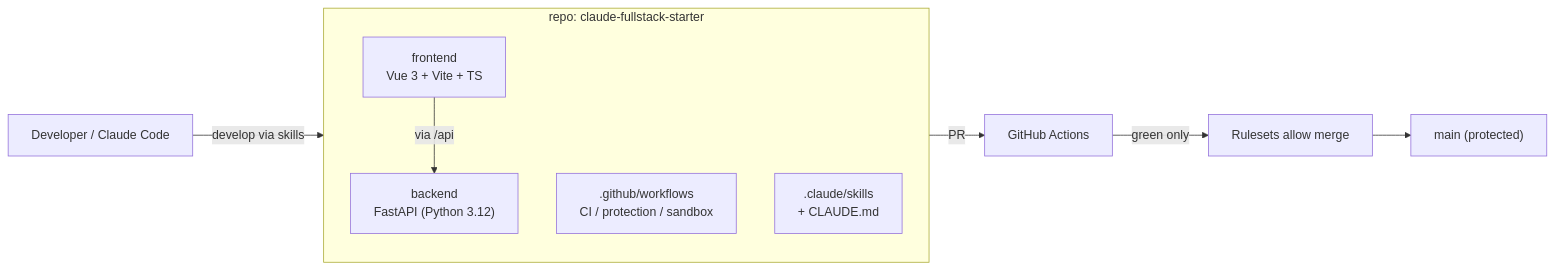
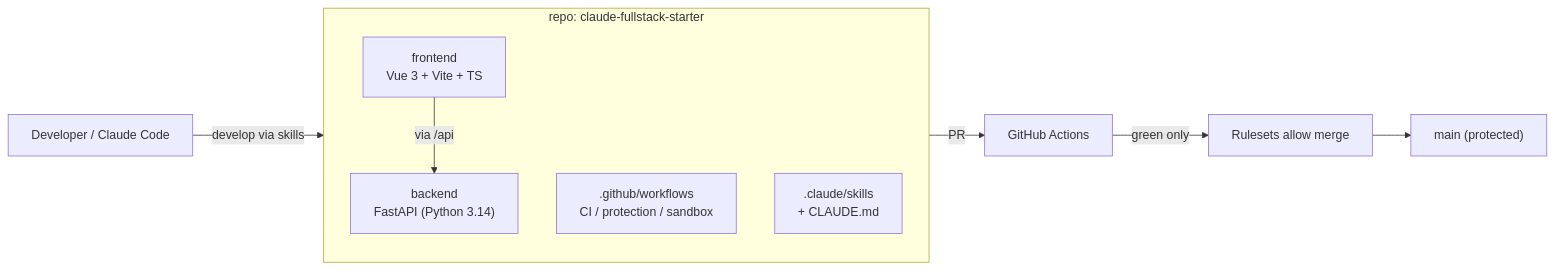
One commit to itouhi/claude-fullstack-starter changed the diagram in docs/README.en.md. Above: the diagram before and after it, drawn with Mermaid. The commit also changed 8 other files, not shown here.

````diff
--- a/docs/README.en.md
+++ b/docs/README.en.md
@@ -17,16 +17,16 @@
 ```mermaid
 flowchart LR
     subgraph repo["repo: claude-fullstack-starter"]
         direction TB
-        be["backend<br/>FastAPI (Python 3.12)"]
+        be["backend<br/>FastAPI (Python 3.14)"]
         fe["frontend<br/>Vue 3 + Vite + TS"]
         wf[".github/workflows<br/>CI / protection / sandbox"]
         sk[".claude/skills<br/>+ CLAUDE.md"]
     end
 
     dev["Developer / Claude Code"] -->|develop via skills| repo
     fe -->|via /api| be
     repo -->|PR| ci["GitHub Actions"]
     ci -->|green only| prot["Rulesets allow merge"]
     prot --> main["main (protected)"]
 ```
````
